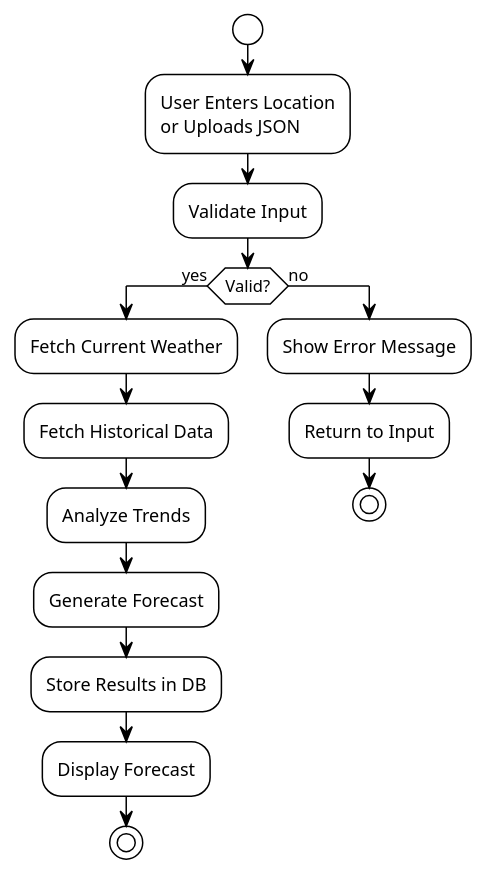
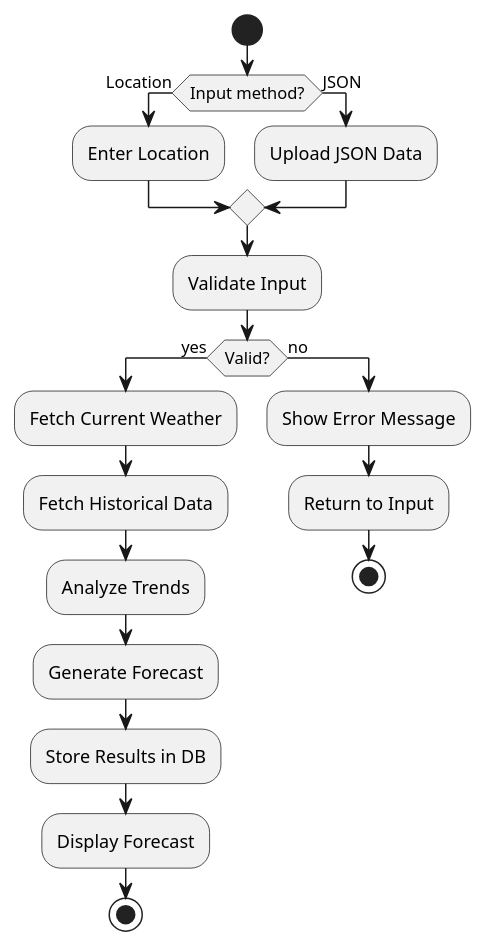
The diagram in diagrams/04_activity_diagram.puml (AASoftIR/kanban), drawn with PlantUML before and after one commit. The commit also changed 25 other files, not shown here.

```diff
--- a/diagrams/04_activity_diagram.puml
+++ b/diagrams/04_activity_diagram.puml
@@ -1,25 +1,31 @@
 @startuml ActivityDiagram
-!theme plain
+skinparam monochrome true
+skinparam shadowing false
+skinparam BackgroundColor white
+skinparam DefaultFontName Arial
 
 start
 
-:User Enters Location
-or Uploads JSON;
+if (Input method?) then (Location)
+    :Enter Location;
+else (JSON)
+    :Upload JSON Data;
+endif
 
 :Validate Input;
 
 if (Valid?) then (yes)
     :Fetch Current Weather;
     :Fetch Historical Data;
     :Analyze Trends;
     :Generate Forecast;
     :Store Results in DB;
     :Display Forecast;
     stop
 else (no)
     :Show Error Message;
     :Return to Input;
     stop
 endif
 
 @enduml
```
